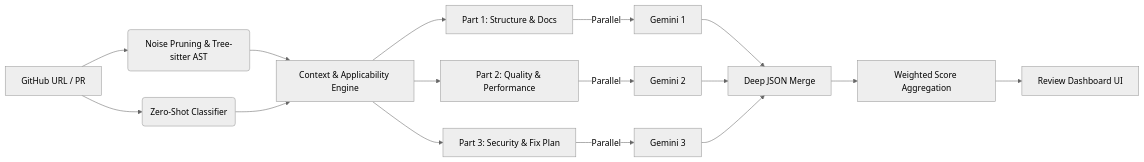
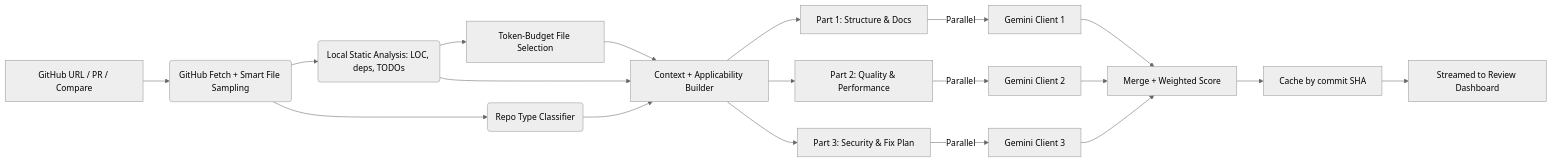
Before and after one commit to Justinvcj/RepooRoast: the diagram in README.md, drawn with Mermaid (neutral theme). The commit also changed other lines of this file, not shown here.

````diff
--- a/README.md
+++ b/README.md
@@ -30,16 +50,17 @@
 ```mermaid
 graph LR
-    A[GitHub URL / PR] --> B(Noise Pruning & Tree-sitter AST)
-    A --> C(Zero-Shot Classifier)
-    B --> D[Context & Applicability Engine]
-    C --> D
-    D --> E1[Part 1: Structure & Docs]
-    D --> E2[Part 2: Quality & Performance]
-    D --> E3[Part 3: Security & Fix Plan]
-    E1 -->|Parallel| F[Gemini 1]
-    E2 -->|Parallel| G[Gemini 2]
-    E3 -->|Parallel| H[Gemini 3]
-    F & G & H --> I[Deep JSON Merge]
-    I --> J[Weighted Score Aggregation]
-    J --> K[Review Dashboard UI]
+    A[GitHub URL / PR / Compare] --> B(GitHub Fetch + Smart File Sampling)
+    B --> C(Local Static Analysis: LOC, deps, TODOs)
+    B --> D(Repo Type Classifier)
+    C --> E[Token-Budget File Selection]
+    C & D & E --> F[Context + Applicability Builder]
+    F --> G1[Part 1: Structure & Docs]
+    F --> G2[Part 2: Quality & Performance]
+    F --> G3[Part 3: Security & Fix Plan]
+    G1 -->|Parallel| H1[Gemini Client 1]
+    G2 -->|Parallel| H2[Gemini Client 2]
+    G3 -->|Parallel| H3[Gemini Client 3]
+    H1 & H2 & H3 --> I[Merge + Weighted Score]
+    I --> J[Cache by commit SHA]
+    J --> K[Streamed to Review Dashboard]
 ```
````
